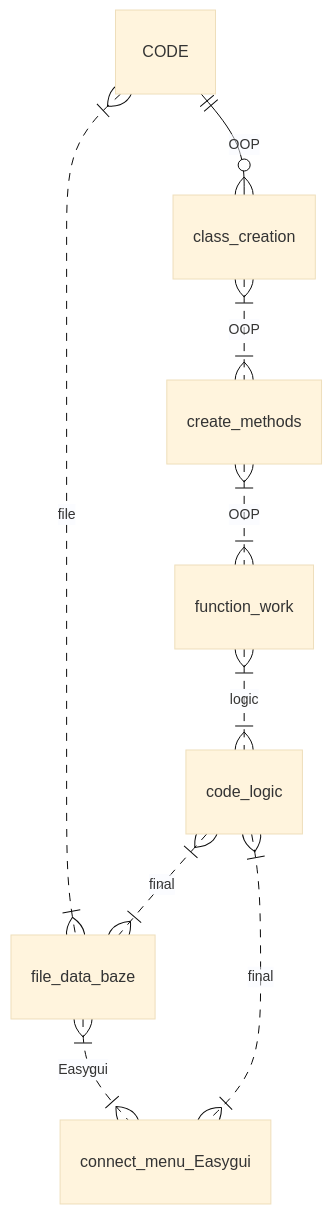
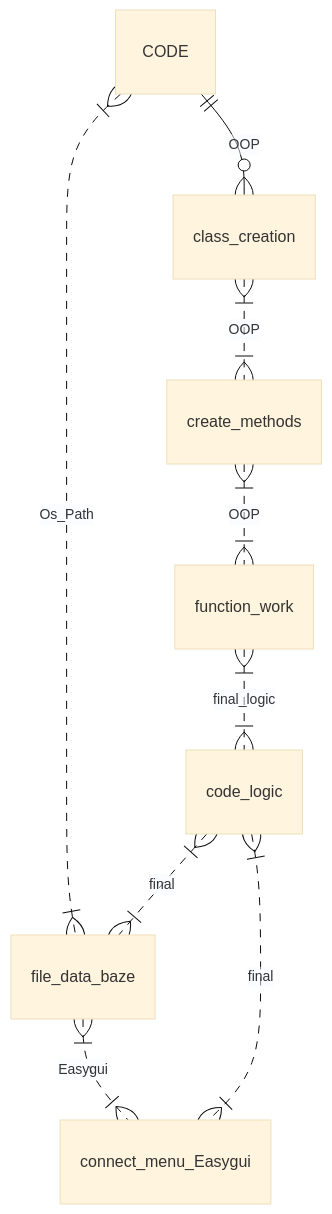
One commit to juliasorbon/Menu-for-CoffeeShop changed the diagram in README.md. Above: the diagram before and after it, drawn with Mermaid (base theme). The commit also changed other lines of this file, not shown here.

````diff
--- a/README.md
+++ b/README.md
@@ -19,11 +19,11 @@
 ```mermaid
 erDiagram
     CODE ||--o{ class_creation : OOP
     class_creation }|..|{ create_methods : OOP
-    CODE }|..|{ file_data_baze : file
+    CODE }|..|{ file_data_baze : Os_Path
     file_data_baze }|..|{ connect_menu_Easygui : Easygui
     create_methods }|..|{ function_work : OOP
-    function_work }|..|{ code_logic : logic
+    function_work }|..|{ code_logic : final_logic
     code_logic }|..|{ file_data_baze : final
     code_logic }|..|{ connect_menu_Easygui : final
 ```
````
